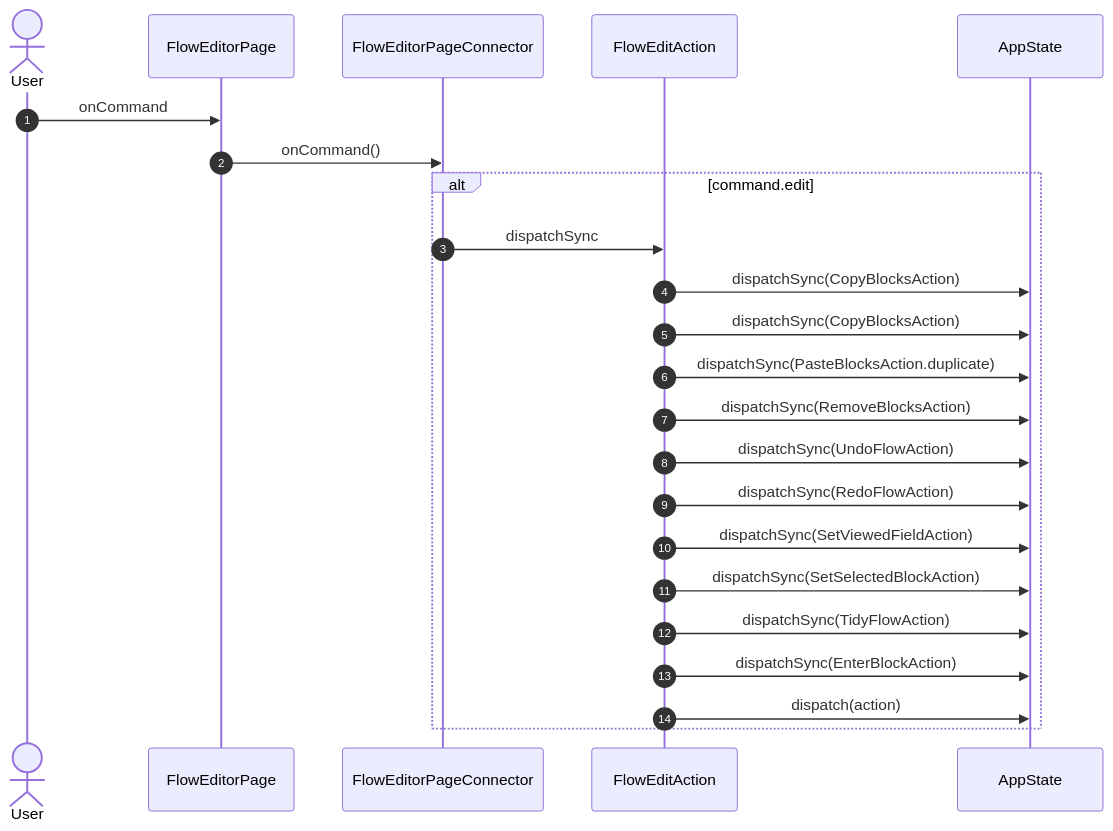
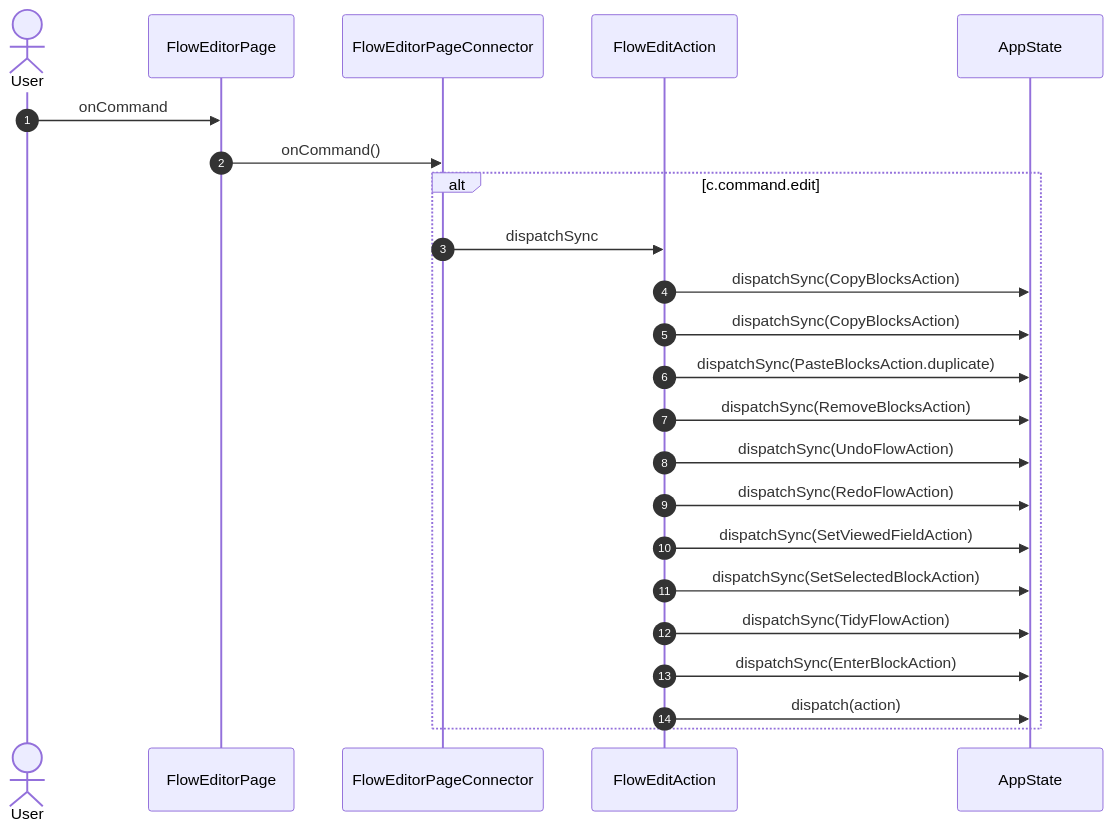
Diagram 24 of 39 in studio/docs/flows/flowEditor.md (gencto/wyrm), drawn with Mermaid before and after one commit. The commit also changed other lines of this file and 21 other files, not shown here.

````diff
--- a/studio/docs/flows/flowEditor.md
+++ b/studio/docs/flows/flowEditor.md
@@ -428,26 +426,26 @@
 ```mermaid
 sequenceDiagram
     autonumber
     actor User
     participant UI as FlowEditorPage
     participant VM as FlowEditorPageConnector
     participant A1 as FlowEditAction
     participant ST as AppState
 
     User->>UI: onCommand
     UI->>VM: onCommand()
-    alt command.edit
+    alt c.command.edit
         VM->>A1: dispatchSync
         A1->>ST: dispatchSync(CopyBlocksAction)
         A1->>ST: dispatchSync(CopyBlocksAction)
         A1->>ST: dispatchSync(PasteBlocksAction.duplicate)
         A1->>ST: dispatchSync(RemoveBlocksAction)
         A1->>ST: dispatchSync(UndoFlowAction)
         A1->>ST: dispatchSync(RedoFlowAction)
         A1->>ST: dispatchSync(SetViewedFieldAction)
         A1->>ST: dispatchSync(SetSelectedBlockAction)
         A1->>ST: dispatchSync(TidyFlowAction)
         A1->>ST: dispatchSync(EnterBlockAction)
         A1->>ST: dispatch(action)
     end
 ```
````
